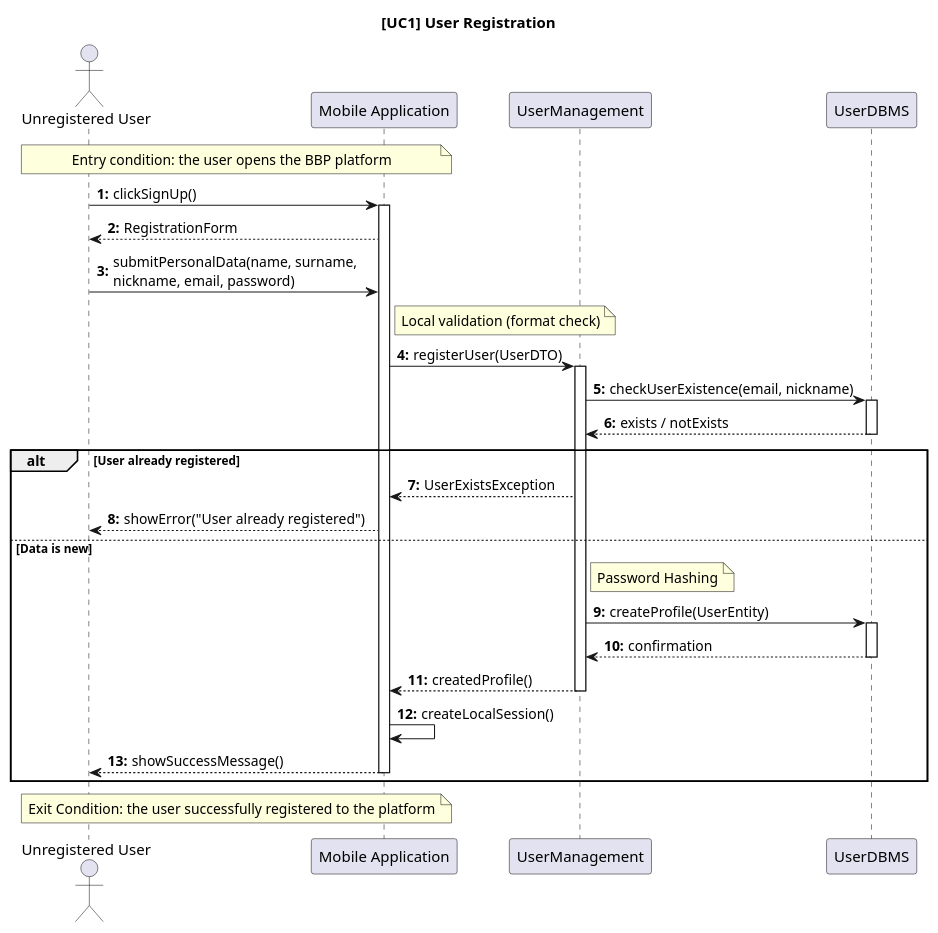
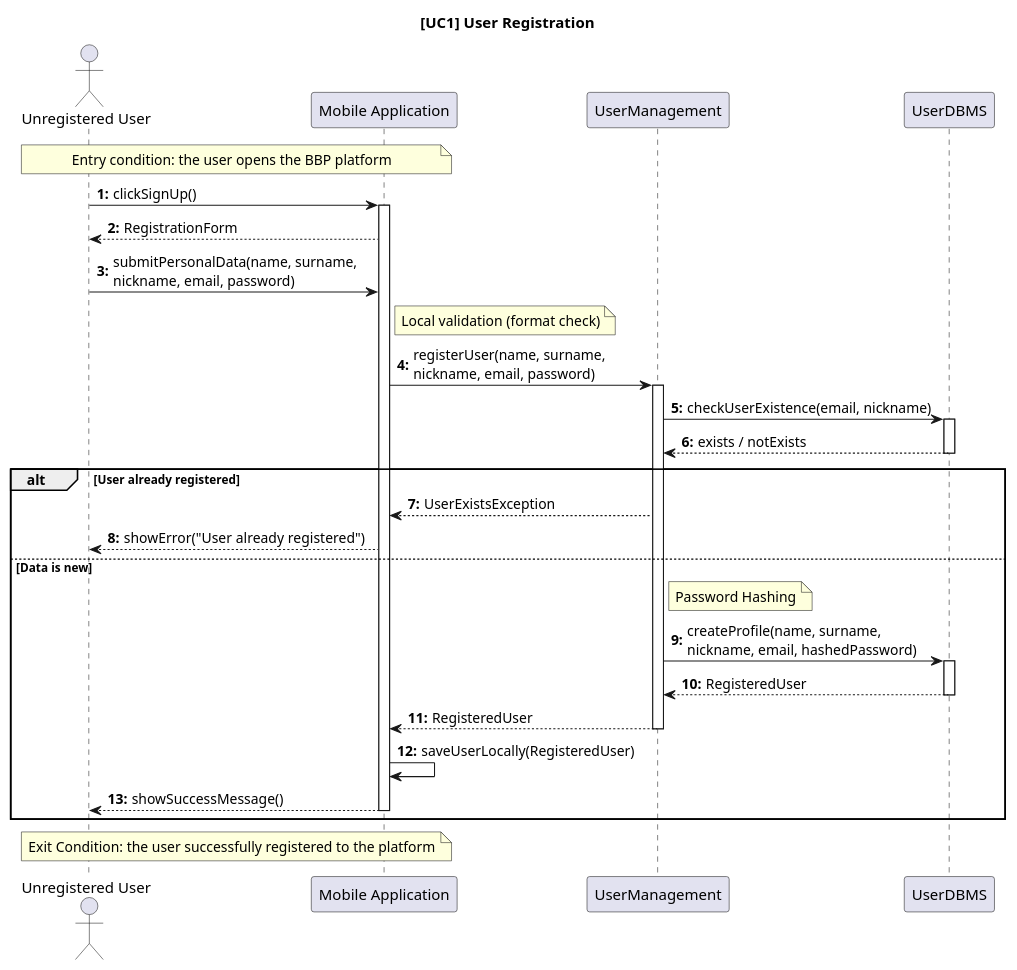
The diagram in DD/sequencediagrams/usecase1.puml (ilevinci/RubinoUvinsiVinciguerra), drawn with PlantUML before and after one commit. The commit also changed 5 other files, not shown here.

Commit message:
further refinement of sequence diagrams

```diff
--- a/DD/sequencediagrams/usecase1.puml
+++ b/DD/sequencediagrams/usecase1.puml
@@ -1,55 +1,55 @@
 @startuml UC1_UserRegistration_Design
 autonumber "<b>0:"
 title [UC1] User Registration 
 
 actor "Unregistered User" as User
 participant "Mobile Application" as Client
 participant "UserManagement" as Auth
 participant "UserDBMS" as DB
 
 'entry condition
 note over User, Client: Entry condition: the user opens the BBP platform
 
 User -> Client: clickSignUp()
 activate Client
 
 Client --> User: RegistrationForm
 
 User -> Client: submitPersonalData(name, surname, \nnickname, email, password)
 
 ' Validazione locale
 note right of Client: Local validation (format check)
-Client -> Auth: registerUser(UserDTO)
+Client -> Auth: registerUser(name, surname, \nnickname, email, password)
 activate Auth
 
 ' Verifica Esistenza
 Auth -> DB: checkUserExistence(email, nickname)
 activate DB
 DB --> Auth: exists / notExists
 deactivate DB
 
 alt User already registered
     Auth --> Client: UserExistsException
     Client --> User: showError("User already registered")
 
 else Data is new
     ' Creazione Utente
     note right of Auth: Password Hashing
-    Auth -> DB: createProfile(UserEntity)
+    Auth -> DB: createProfile(name, surname, \nnickname, email, hashedPassword)
     activate DB
-    DB --> Auth: confirmation
+    DB --> Auth: RegisteredUser
     deactivate DB
 
     ' Risposta Positiva
-    Auth --> Client: createdProfile()
+    Auth --> Client: RegisteredUser
     deactivate Auth
     
-    Client -> Client: createLocalSession()
+    Client -> Client: saveUserLocally(RegisteredUser)
     Client --> User: showSuccessMessage()
     deactivate Client
 end
 
 'exit condition
 note over User, Client: Exit Condition: the user successfully registered to the platform
 
 @enduml
```
